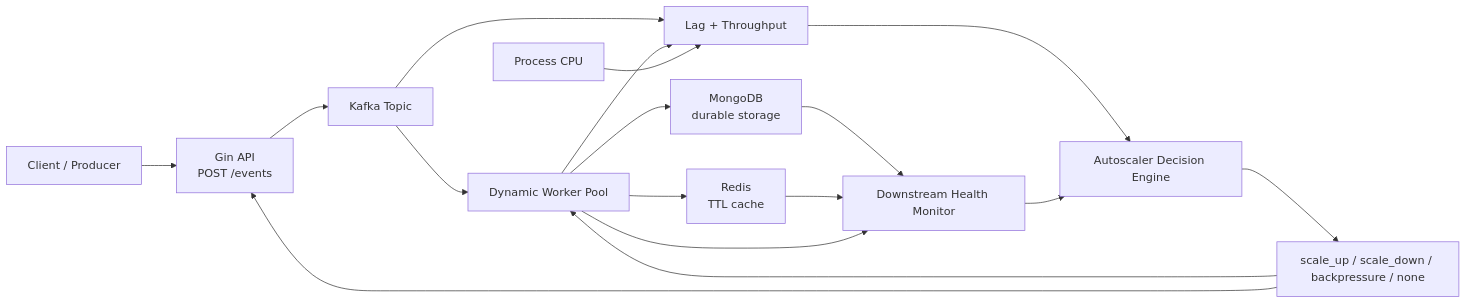
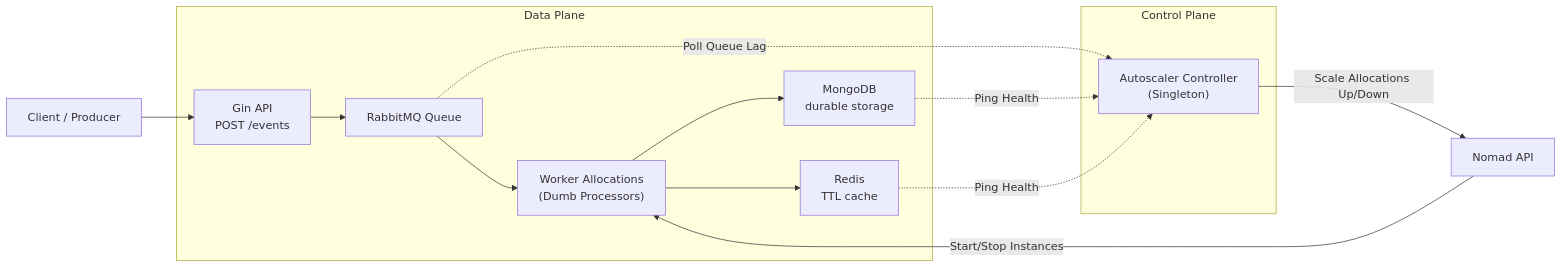
The first of 2 diagrams in README.md (sodiqscript111/Autoscaler), drawn with Mermaid before and after one commit. The commit also changed other lines of this file, not shown here.

````diff
--- a/README.md
+++ b/README.md
@@ -7,21 +9,21 @@
 ```mermaid
 flowchart LR
     Client["Client / Producer"] --> API["Gin API<br/>POST /events"]
-    API --> Kafka["Kafka Topic"]
-    Kafka --> Workers["Dynamic Worker Pool"]
-    Workers --> Mongo["MongoDB<br/>durable storage"]
-    Workers --> Redis["Redis<br/>TTL cache"]
+    
+    subgraph Data Plane
+        API --> RMQ["RabbitMQ Queue"]
+        RMQ --> Workers["Worker Allocations<br/>(Dumb Processors)"]
+        Workers --> Mongo["MongoDB<br/>durable storage"]
+        Workers --> Redis["Redis<br/>TTL cache"]
+    end
 
-    Kafka --> Metrics["Lag + Throughput"]
-    Workers --> Metrics
-    Proc["Process CPU"] --> Metrics
-    Mongo --> Health["Downstream Health Monitor"]
-    Redis --> Health
-    Workers --> Health
-
-    Metrics --> Brain["Autoscaler Decision Engine"]
-    Health --> Brain
-    Brain --> Actions["scale_up / scale_down / backpressure / none"]
-    Actions --> Workers
-    Actions --> API
+    subgraph Control Plane
+        Controller["Autoscaler Controller<br/>(Singleton)"]
+    end
+    
+    RMQ -.->|Poll Queue Lag| Controller
+    Mongo -.->|Ping Health| Controller
+    Redis -.->|Ping Health| Controller
+    Controller -->|Scale Allocations Up/Down| Nomad["Nomad API"]
+    Nomad -->|Start/Stop Instances| Workers
 ```
````
